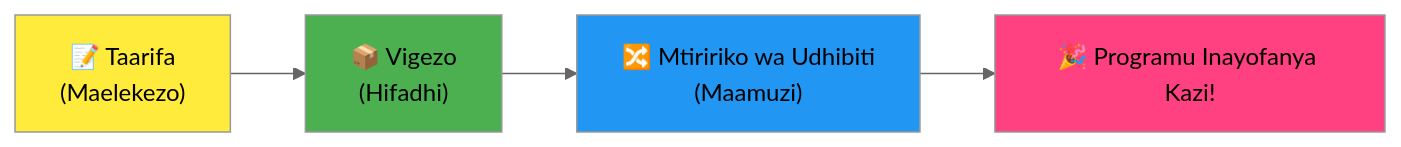
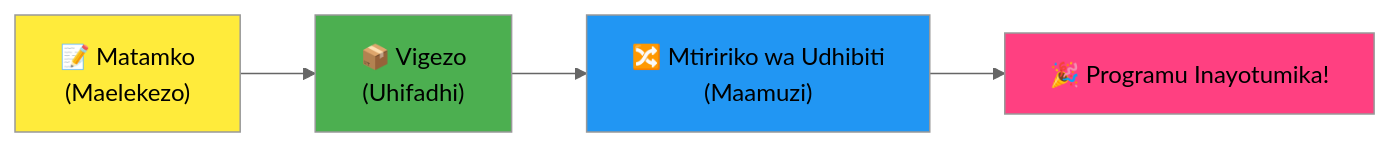
Before and after one commit to microsoft/Web-Dev-For-Beginners: the fourth of 7 diagrams in translations/sw/1-getting-started-lessons/1-intro-to-programming-languages/README.md, drawn with Mermaid (neutral theme). The commit also changed other lines of this file and 11 other files, not shown here.

````diff
--- a/translations/sw/1-getting-started-lessons/1-intro-to-programming-languages/README.md
+++ b/translations/sw/1-getting-started-lessons/1-intro-to-programming-languages/README.md
@@ -467,9 +466,9 @@
 ```mermaid
 flowchart LR
-    A["📝 Taarifa<br/>(Maelekezo)"] --> B["📦 Vigezo<br/>(Hifadhi)"] --> C["🔀 Mtiririko wa Udhibiti<br/>(Maamuzi)"] --> D["🎉 Programu Inayofanya Kazi!"]
+    A["📝 Matamko<br/>(Maelekezo)"] --> B["📦 Vigezo<br/>(Uhifadhi)"] --> C["🔀 Mtiririko wa Udhibiti<br/>(Maamuzi)"] --> D["🎉 Programu Inayotumika!"]
     
     style A fill:#ffeb3b
     style B fill:#4caf50
     style C fill:#2196f3
     style D fill:#ff4081
 ```
````
